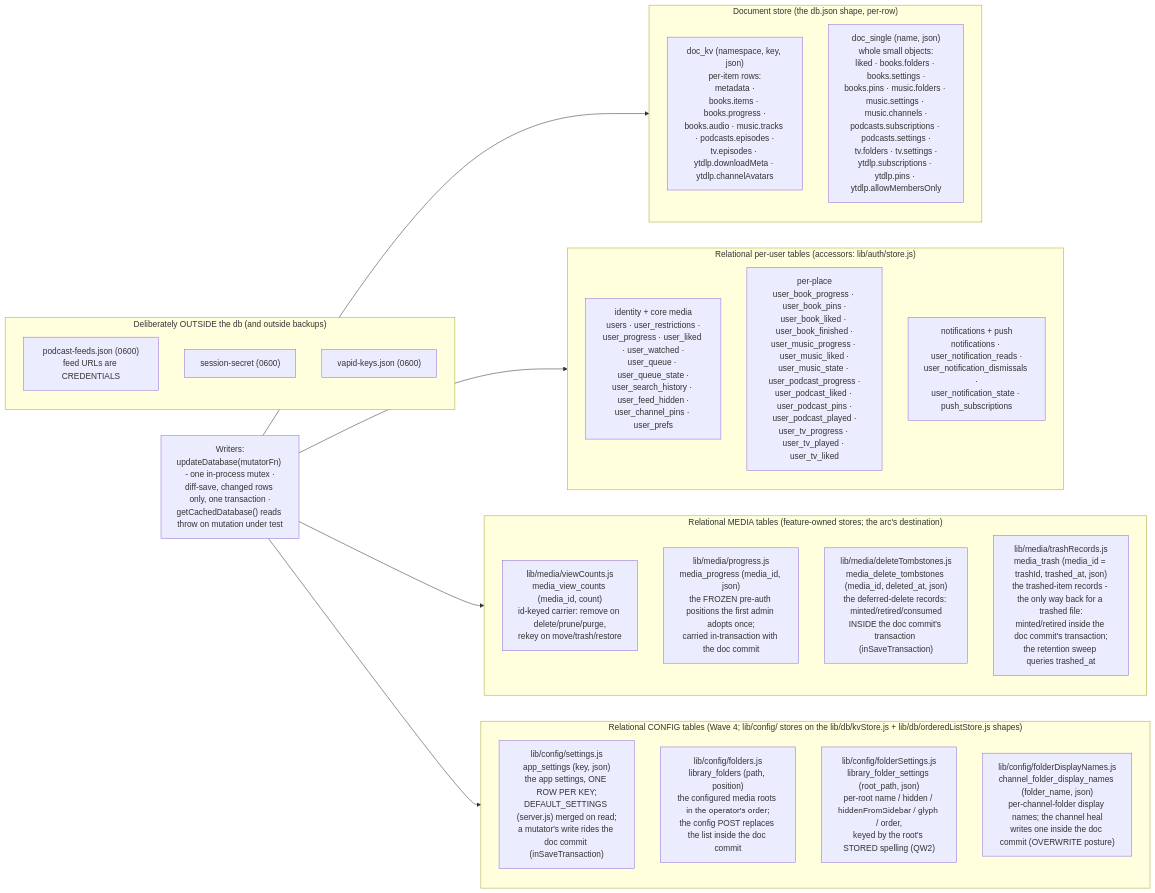
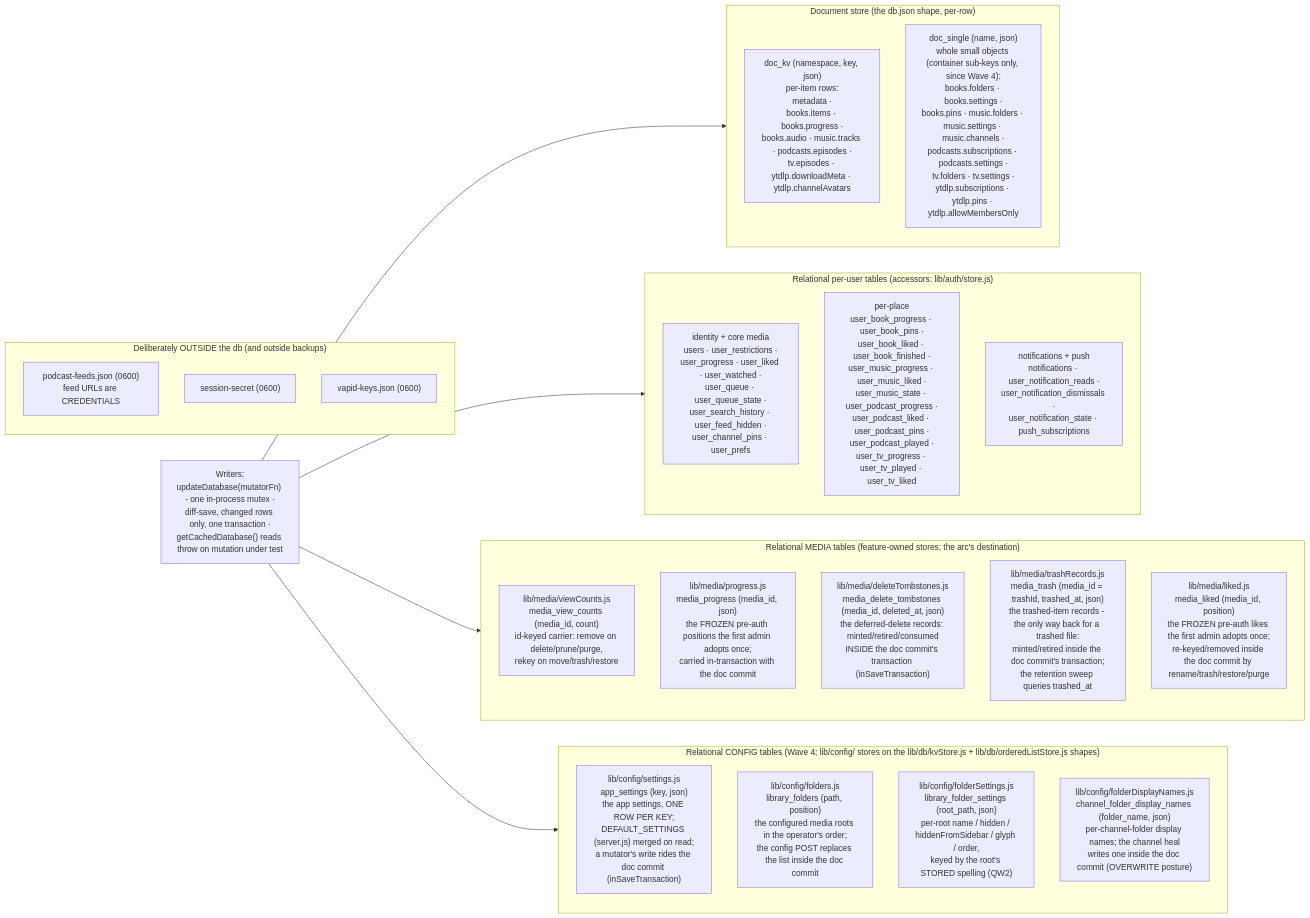
The second of 6 diagrams in docs/DIAGRAMS.md (dtammam/filetube), drawn with Mermaid before and after one commit. The commit also changed other lines of this file and 16 other files, not shown here.

````diff
--- a/docs/DIAGRAMS.md
+++ b/docs/DIAGRAMS.md
@@ -104,40 +105,41 @@
 ```mermaid
 flowchart LR
     subgraph DOC["Document store (the db.json shape, per-row)"]
         KV["doc_kv (namespace, key, json)<br/>per-item rows:<br/>metadata ·<br/>books.items · books.progress ·<br/>books.audio · music.tracks · podcasts.episodes ·<br/>tv.episodes · ytdlp.downloadMeta · ytdlp.channelAvatars"]
-        SINGLE["doc_single (name, json)<br/>whole small objects:<br/>liked · books.folders · books.settings ·<br/>books.pins · music.folders · music.settings · music.channels ·<br/>podcasts.subscriptions · podcasts.settings ·<br/>tv.folders · tv.settings ·<br/>ytdlp.subscriptions · ytdlp.pins · ytdlp.allowMembersOnly"]
+        SINGLE["doc_single (name, json)<br/>whole small objects (container sub-keys only, since Wave 4):<br/>books.folders · books.settings ·<br/>books.pins · music.folders · music.settings · music.channels ·<br/>podcasts.subscriptions · podcasts.settings ·<br/>tv.folders · tv.settings ·<br/>ytdlp.subscriptions · ytdlp.pins · ytdlp.allowMembersOnly"]
     end
 
     subgraph REL["Relational per-user tables (accessors: lib/auth/store.js)"]
         CORE["identity + core media<br/>users · user_restrictions ·<br/>user_progress · user_liked · user_watched ·<br/>user_queue · user_queue_state ·<br/>user_search_history · user_feed_hidden ·<br/>user_channel_pins · user_prefs"]
         PLACEST["per-place<br/>user_book_progress · user_book_pins ·<br/>user_book_liked · user_book_finished ·<br/>user_music_progress · user_music_liked ·<br/>user_music_state · user_podcast_progress ·<br/>user_podcast_liked · user_podcast_pins ·<br/>user_podcast_played ·<br/>user_tv_progress · user_tv_played · user_tv_liked"]
         NOTIF["notifications + push<br/>notifications · user_notification_reads ·<br/>user_notification_dismissals ·<br/>user_notification_state · push_subscriptions"]
     end
 
     subgraph MEDIA["Relational MEDIA tables (feature-owned stores; the arc's destination)"]
         VC["lib/media/viewCounts.js<br/>media_view_counts (media_id, count)<br/>id-keyed carrier: remove on delete/prune/purge,<br/>rekey on move/trash/restore"]
         PR["lib/media/progress.js<br/>media_progress (media_id, json)<br/>the FROZEN pre-auth positions the first admin adopts once;<br/>carried in-transaction with the doc commit"]
         DT["lib/media/deleteTombstones.js<br/>media_delete_tombstones (media_id, deleted_at, json)<br/>the deferred-delete records: minted/retired/consumed<br/>INSIDE the doc commit's transaction (inSaveTransaction)"]
         TR["lib/media/trashRecords.js<br/>media_trash (media_id = trashId, trashed_at, json)<br/>the trashed-item records - the only way back for a trashed file:<br/>minted/retired inside the doc commit's transaction;<br/>the retention sweep queries trashed_at"]
+        LK["lib/media/liked.js<br/>media_liked (media_id, position)<br/>the FROZEN pre-auth likes the first admin adopts once;<br/>re-keyed/removed inside the doc commit by rename/trash/restore/purge"]
     end
 
     subgraph CONFIG["Relational CONFIG tables (Wave 4; lib/config/ stores on the lib/db/kvStore.js + lib/db/orderedListStore.js shapes)"]
         ST["lib/config/settings.js<br/>app_settings (key, json)<br/>the app settings, ONE ROW PER KEY;<br/>DEFAULT_SETTINGS (server.js) merged on read;<br/>a mutator's write rides the doc commit (inSaveTransaction)"]
         FO["lib/config/folders.js<br/>library_folders (path, position)<br/>the configured media roots in the operator's order;<br/>the config POST replaces the list inside the doc commit"]
         FS["lib/config/folderSettings.js<br/>library_folder_settings (root_path, json)<br/>per-root name / hidden / hiddenFromSidebar / glyph / order,<br/>keyed by the root's STORED spelling (QW2)"]
         FD["lib/config/folderDisplayNames.js<br/>channel_folder_display_names (folder_name, json)<br/>per-channel-folder display names; the channel heal<br/>writes one inside the doc commit (OVERWRITE posture)"]
     end
 
     subgraph OUT["Deliberately OUTSIDE the db (and outside backups)"]
         FEEDS["podcast-feeds.json (0600)<br/>feed URLs are CREDENTIALS"]
         SS["session-secret (0600)"]
         VAPID["vapid-keys.json (0600)"]
     end
 
     WRITERS["Writers:<br/>updateDatabase(mutatorFn) - one in-process mutex ·<br/>diff-save, changed rows only, one transaction ·<br/>getCachedDatabase() reads throw on mutation under test"]
 
     WRITERS --> DOC
     WRITERS --> REL
     WRITERS --> MEDIA
     WRITERS --> CONFIG
 ```
````
